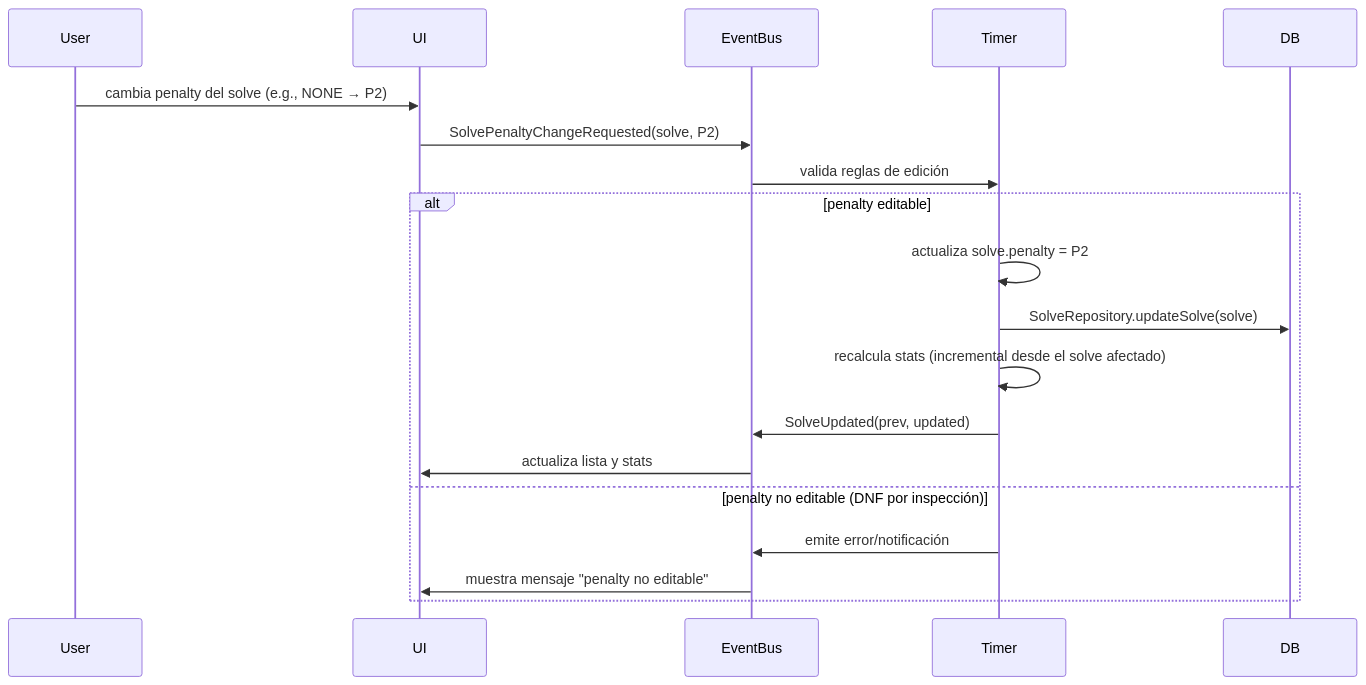
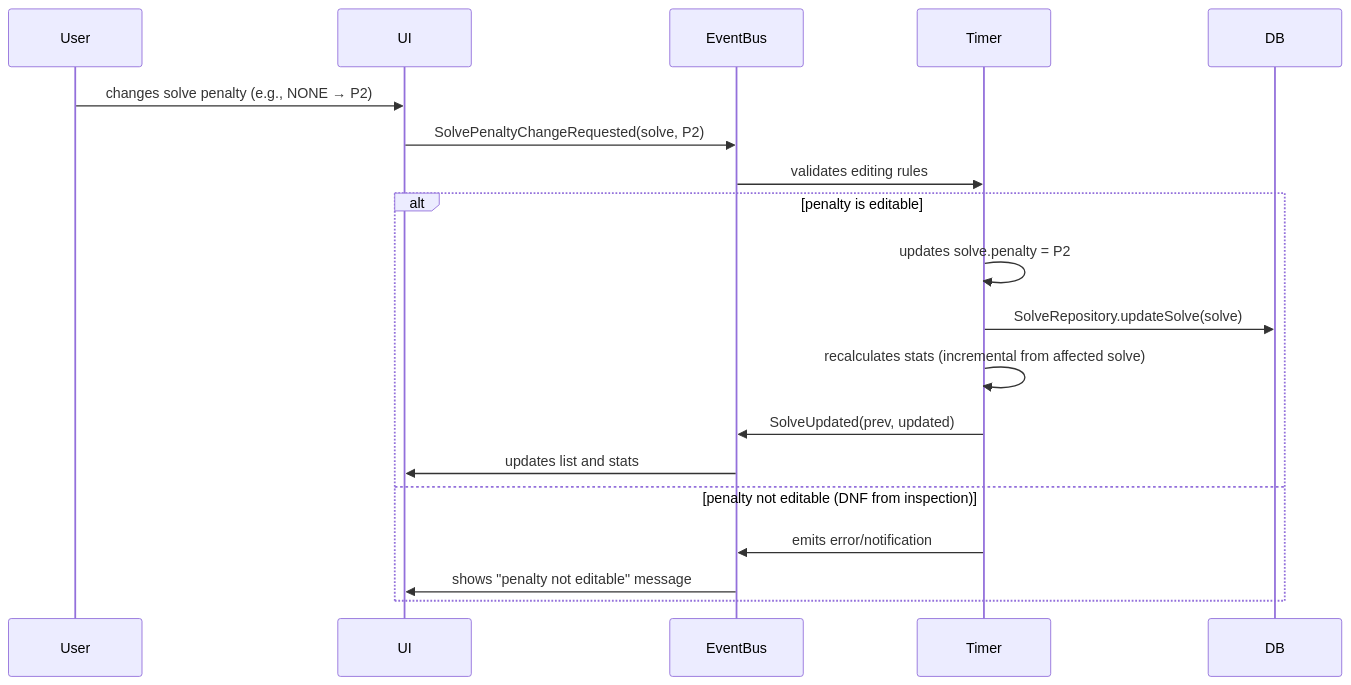
The first of 3 diagrams in docs/architecture/timer/solves.md (isaacvr/cubicdb), drawn with Mermaid before and after one commit. The commit also changed other lines of this file and 30 other files, not shown here.

````diff
--- a/docs/architecture/timer/solves.md
+++ b/docs/architecture/timer/solves.md
@@ -38,23 +38,23 @@
 ```mermaid
 sequenceDiagram
     participant U as User
     participant UI
     participant EB as EventBus
     participant T as Timer
     participant DB
 
-    U->>UI: cambia penalty del solve (e.g., NONE → P2)
+    U->>UI: changes solve penalty (e.g., NONE → P2)
     UI->>EB: SolvePenaltyChangeRequested(solve, P2)
 
-    EB->>T: valida reglas de edición
-    alt penalty editable
-        T->>T: actualiza solve.penalty = P2
+    EB->>T: validates editing rules
+    alt penalty is editable
+        T->>T: updates solve.penalty = P2
         T->>DB: SolveRepository.updateSolve(solve)
-        T->>T: recalcula stats (incremental desde el solve afectado)
+        T->>T: recalculates stats (incremental from affected solve)
         T->>EB: SolveUpdated(prev, updated)
-        EB->>UI: actualiza lista y stats
-    else penalty no editable (DNF por inspección)
-        T->>EB: emite error/notificación
-        EB->>UI: muestra mensaje "penalty no editable"
+        EB->>UI: updates list and stats
+    else penalty not editable (DNF from inspection)
+        T->>EB: emits error/notification
+        EB->>UI: shows "penalty not editable" message
     end
 ```
````
